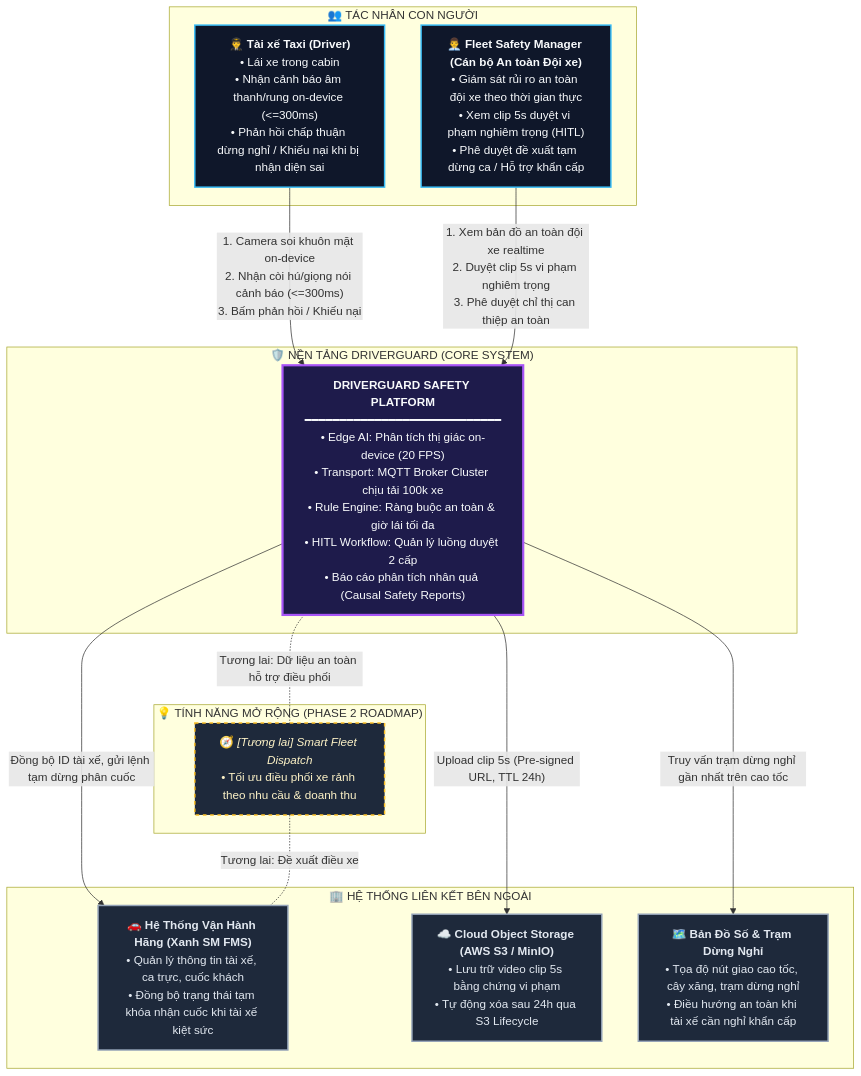
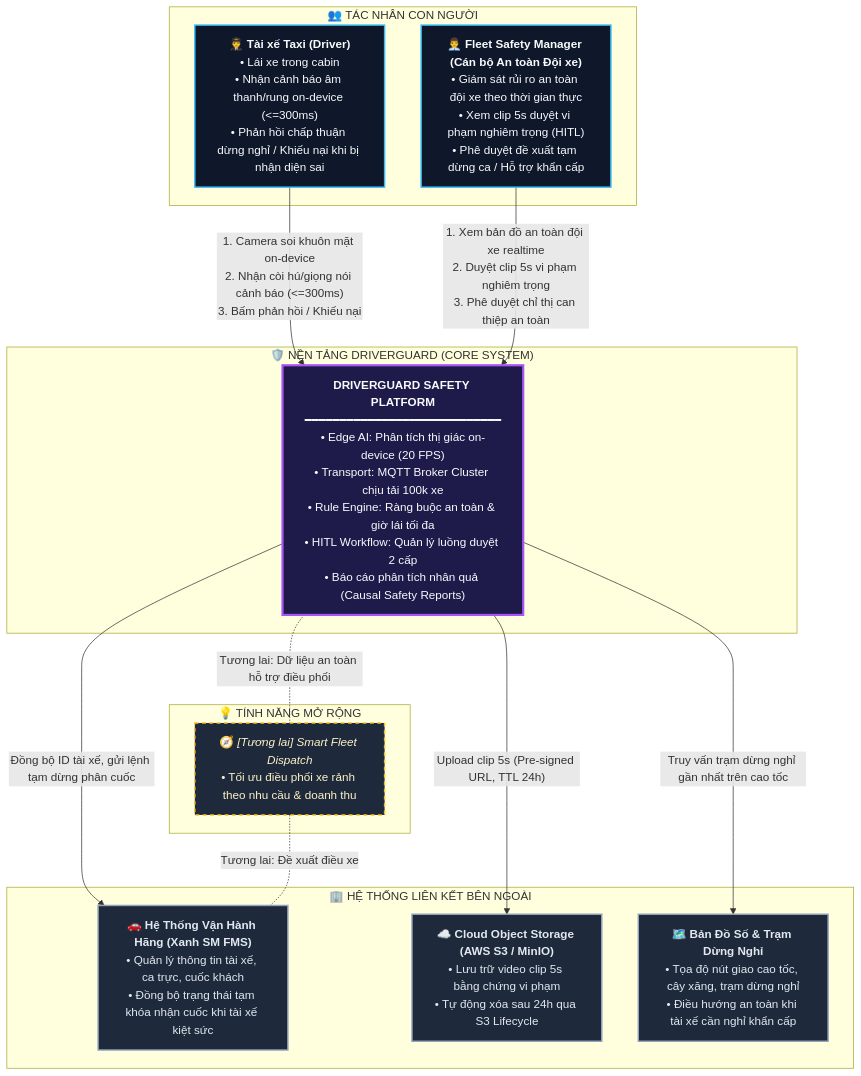
Before and after one commit to vietdezet2004/viewMD: the first of 4 diagrams in README.md, drawn with Mermaid.

````diff
--- a/README.md
+++ b/README.md
@@ -45,47 +45,47 @@
 ```mermaid
 flowchart TB
     %% USERS
     subgraph USERS ["👥 TÁC NHÂN CON NGƯỜI"]
         Driver["👨‍✈️ <b>Tài xế Taxi (Driver)</b><br>• Lái xe trong cabin<br>• Nhận cảnh báo âm thanh/rung on-device (<=300ms)<br>• Phản hồi chấp thuận dừng nghỉ / Khiếu nại khi bị nhận diện sai"]
         Manager["👨‍💼 <b>Fleet Safety Manager (Cán bộ An toàn Đội xe)</b><br>• Giám sát rủi ro an toàn đội xe theo thời gian thực<br>• Xem clip 5s duyệt vi phạm nghiêm trọng (HITL)<br>• Phê duyệt đề xuất tạm dừng ca / Hỗ trợ khẩn cấp"]
     end
 
     %% CORE SYSTEM
     subgraph DRIVERGUARD_CORE ["🛡️ NỀN TẢNG DRIVERGUARD (CORE SYSTEM)"]
         DriverGuardPlatform["<b>DRIVERGUARD SAFETY PLATFORM</b><br>━━━━━━━━━━━━━━━━━━━━━━━━━━━━<br>• Edge AI: Phân tích thị giác on-device (20 FPS)<br>• Transport: MQTT Broker Cluster chịu tải 100k xe<br>• Rule Engine: Ràng buộc an toàn & giờ lái tối đa<br>• HITL Workflow: Quản lý luồng duyệt 2 cấp<br>• Báo cáo phân tích nhân quả (Causal Safety Reports)"]
     end
 
     %% FUTURE EXTENSION (NON-CORE)
-    subgraph FUTURE_EXTENSION ["💡 TÍNH NĂNG MỞ RỘNG (PHASE 2 ROADMAP)"]
+    subgraph FUTURE_EXTENSION ["💡 TÍNH NĂNG MỞ RỘNG "]
         DispatchEngine["🧭 <i>[Tương lai] Smart Fleet Dispatch</i><br>• Tối ưu điều phối xe rảnh theo nhu cầu & doanh thu"]
     end
 
     %% EXTERNAL SYSTEMS
     subgraph EXT_SYSTEMS ["🏢 HỆ THỐNG LIÊN KẾT BÊN NGOÀI"]
         FMS["🚗 <b>Hệ Thống Vận Hành Hãng (Xanh SM FMS)</b><br>• Quản lý thông tin tài xế, ca trực, cuốc khách<br>• Đồng bộ trạng thái tạm khóa nhận cuốc khi tài xế kiệt sức"]
         S3Storage["☁️ <b>Cloud Object Storage (AWS S3 / MinIO)</b><br>• Lưu trữ video clip 5s bằng chứng vi phạm<br>• Tự động xóa sau 24h qua S3 Lifecycle"]
         MapsAPI["🗺️ <b>Bản Đồ Số & Trạm Dừng Nghỉ</b><br>• Tọa độ nút giao cao tốc, cây xăng, trạm dừng nghỉ<br>• Điều hướng an toàn khi tài xế cần nghỉ khẩn cấp"]
     end
 
     %% RELATIONSHIPS
     Driver -->|"1. Camera soi khuôn mặt on-device<br>2. Nhận còi hú/giọng nói cảnh báo (<=300ms)<br>3. Bấm phản hồi / Khiếu nại"| DriverGuardPlatform
     Manager -->|"1. Xem bản đồ an toàn đội xe realtime<br>2. Duyệt clip 5s vi phạm nghiêm trọng<br>3. Phê duyệt chỉ thị can thiệp an toàn"| DriverGuardPlatform
 
     DriverGuardPlatform -->|"Đồng bộ ID tài xế, gửi lệnh tạm dừng phân cuốc"| FMS
     DriverGuardPlatform -->|"Upload clip 5s (Pre-signed URL, TTL 24h)"| S3Storage
     DriverGuardPlatform -->|"Truy vấn trạm dừng nghỉ gần nhất trên cao tốc"| MapsAPI
 
     DriverGuardPlatform -.-|"Tương lai: Dữ liệu an toàn hỗ trợ điều phối"| DispatchEngine
     DispatchEngine -.-|"Tương lai: Đề xuất điều xe"| FMS
 
     %% STYLING
     classDef userStyle fill:#0f172a,stroke:#38bdf8,stroke-width:2px,color:#f8fafc;
     classDef coreStyle fill:#1e1b4b,stroke:#a855f7,stroke-width:3px,color:#f8fafc;
     classDef extStyle fill:#1e293b,stroke:#94a3b8,stroke-width:2px,color:#e2e8f0;
     classDef futureStyle fill:#1e293b,stroke:#fbbf24,stroke-width:2px,stroke-dasharray: 5 5,color:#fef3c7;
 
     class Driver,Manager userStyle;
     class DriverGuardPlatform coreStyle;
     class FMS,S3Storage,MapsAPI extStyle;
     class DispatchEngine futureStyle;
 ```
````
